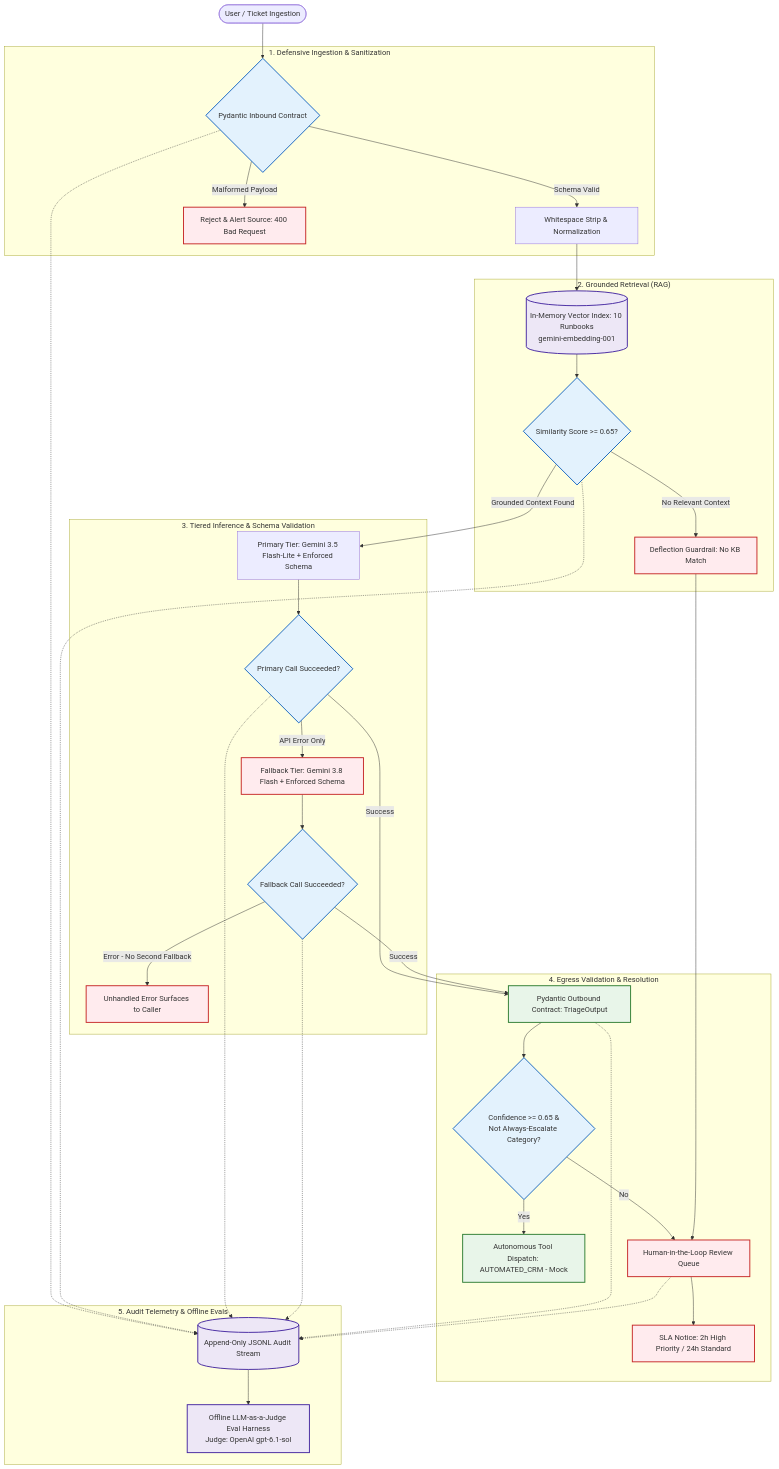
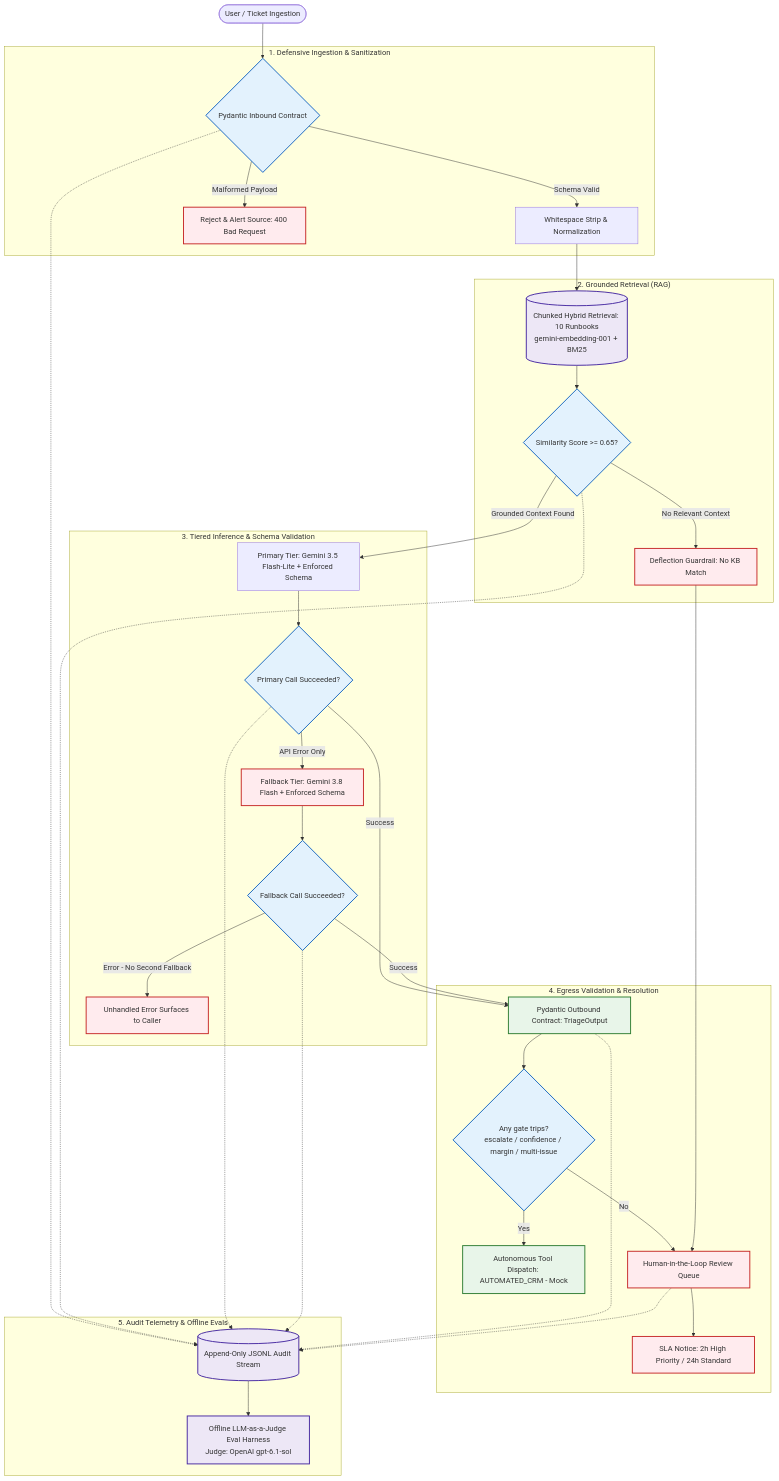
One commit to stricklg/case-support-copilot changed the diagram in README.md. Above: the diagram before and after it, drawn with Mermaid. The commit also changed other lines of this file, not shown here.

````diff
--- a/README.md
+++ b/README.md
@@ -42,82 +46,82 @@
 ```mermaid
 flowchart TD
     %% Node Definitions & Shapes
     USER([User / Ticket Ingestion])
     
     subgraph Ingestion ["1. Defensive Ingestion & Sanitization"]
         P_IN{Pydantic Inbound Contract}
         CLEAN[Whitespace Strip & Normalization]
         IN_REJECT[Reject & Alert Source: 400 Bad Request]
     end
 
     subgraph Retrieval ["2. Grounded Retrieval (RAG)"]
-        KB[(In-Memory Vector Index: 10 Runbooks<br/>gemini-embedding-001)]
+        KB[(Chunked Hybrid Retrieval: 10 Runbooks<br/>gemini-embedding-001 + BM25)]
         V_GATE{Similarity Score >= 0.65?}
         DEFLECT[Deflection Guardrail: No KB Match]
     end
 
     subgraph Inference ["3. Tiered Inference & Schema Validation"]
         LLM1[Primary Tier: Gemini 3.5 Flash-Lite + Enforced Schema]
         GATE1{Primary Call Succeeded?}
         LLM2[Fallback Tier: Gemini 3.8 Flash + Enforced Schema]
         GATE2{Fallback Call Succeeded?}
         FAIL[Unhandled Error Surfaces to Caller]
     end
 
     subgraph Egress ["4. Egress Validation & Resolution"]
         P_OUT[Pydantic Outbound Contract: TriageOutput]
-        DISPATCH{Confidence >= 0.65 &<br/>Not Always-Escalate Category?}
+        DISPATCH{Any gate trips?<br/>escalate / confidence / margin / multi-issue}
         AUTO_ACTION[Autonomous Tool Dispatch: AUTOMATED_CRM - Mock]
         HITL[Human-in-the-Loop Review Queue]
         USER_SLA[SLA Notice: 2h High Priority / 24h Standard]
     end
 
     subgraph Observability ["5. Audit Telemetry & Offline Evals"]
         AUDIT[(Append-Only JSONL Audit Stream)]
         EVAL[Offline LLM-as-a-Judge Eval Harness<br/>Judge: OpenAI gpt-6.1-sol]
     end
 
     %% Workflow Connections
     USER --> P_IN
     P_IN -->|Schema Valid| CLEAN
     P_IN -->|Malformed Payload| IN_REJECT
     
     CLEAN --> KB
     KB --> V_GATE
     V_GATE -->|Grounded Context Found| LLM1
     V_GATE -->|No Relevant Context| DEFLECT
     
     LLM1 --> GATE1
     GATE1 -->|Success| P_OUT
     GATE1 -->|API Error Only| LLM2
     
     LLM2 --> GATE2
     GATE2 -->|Success| P_OUT
     GATE2 -->|Error - No Second Fallback| FAIL
     
     P_OUT --> DISPATCH
     DISPATCH -->|Yes| AUTO_ACTION
     DISPATCH -->|No| HITL
     DEFLECT --> HITL
     HITL --> USER_SLA
     
     %% Telemetry Logging Streams (Dotted lines)
     P_IN -.-> AUDIT
     V_GATE -.-> AUDIT
     GATE1 -.-> AUDIT
     GATE2 -.-> AUDIT
     P_OUT -.-> AUDIT
     HITL -.-> AUDIT
     AUDIT --> EVAL
 
     %% Styling
     classDef boundary fill:#e3f2fd,stroke:#1565c0,stroke-width:2px;
     classDef fallback fill:#ffebee,stroke:#c62828,stroke-width:2px;
     classDef data fill:#ede7f6,stroke:#4527a0,stroke-width:2px;
     classDef success fill:#e8f5e9,stroke:#2e7d32,stroke-width:2px;
 
     class P_IN,V_GATE,GATE1,GATE2,DISPATCH boundary;
     class IN_REJECT,DEFLECT,LLM2,HITL,USER_SLA,FAIL fallback;
     class KB,AUDIT,EVAL data;
     class AUTO_ACTION,P_OUT success;
 ```
````
